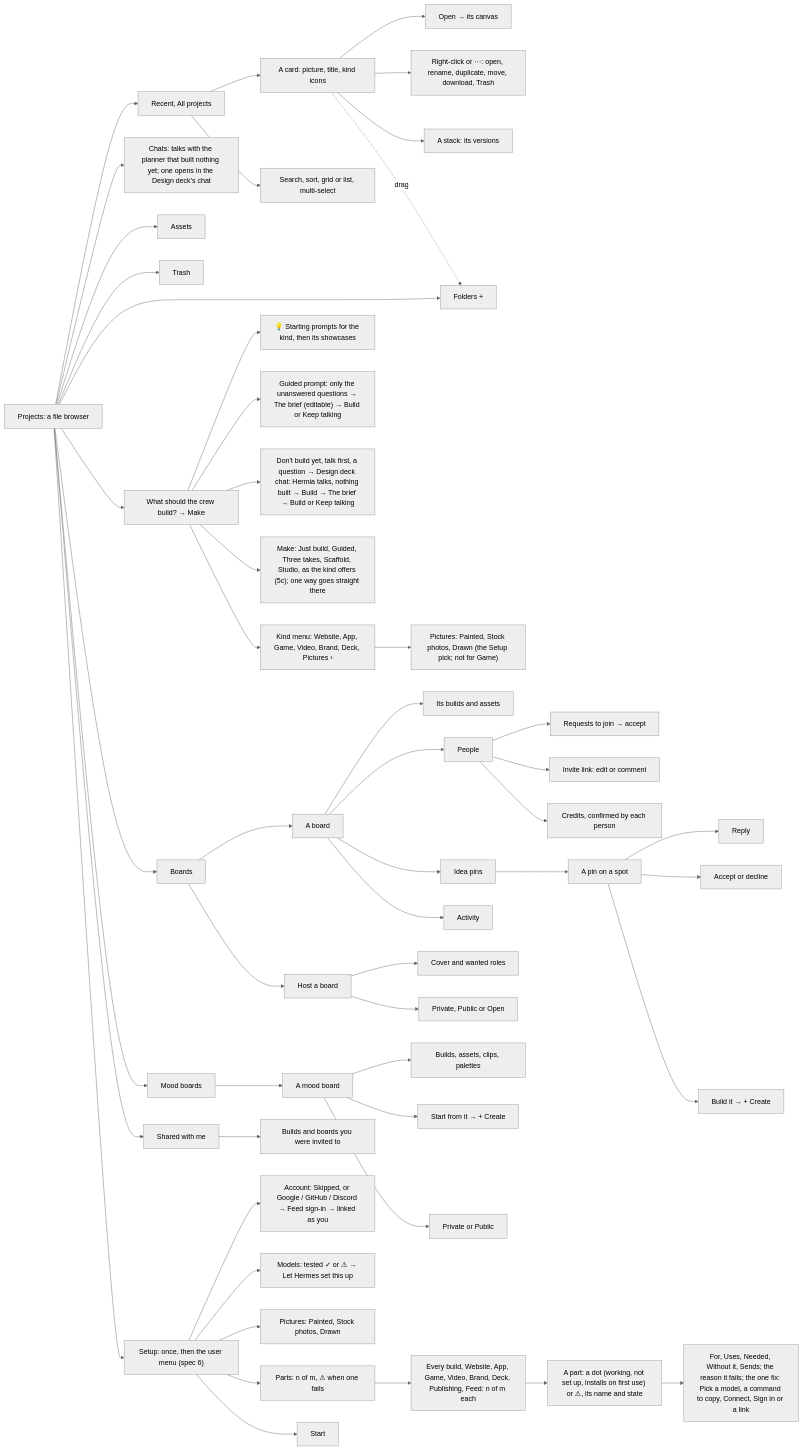
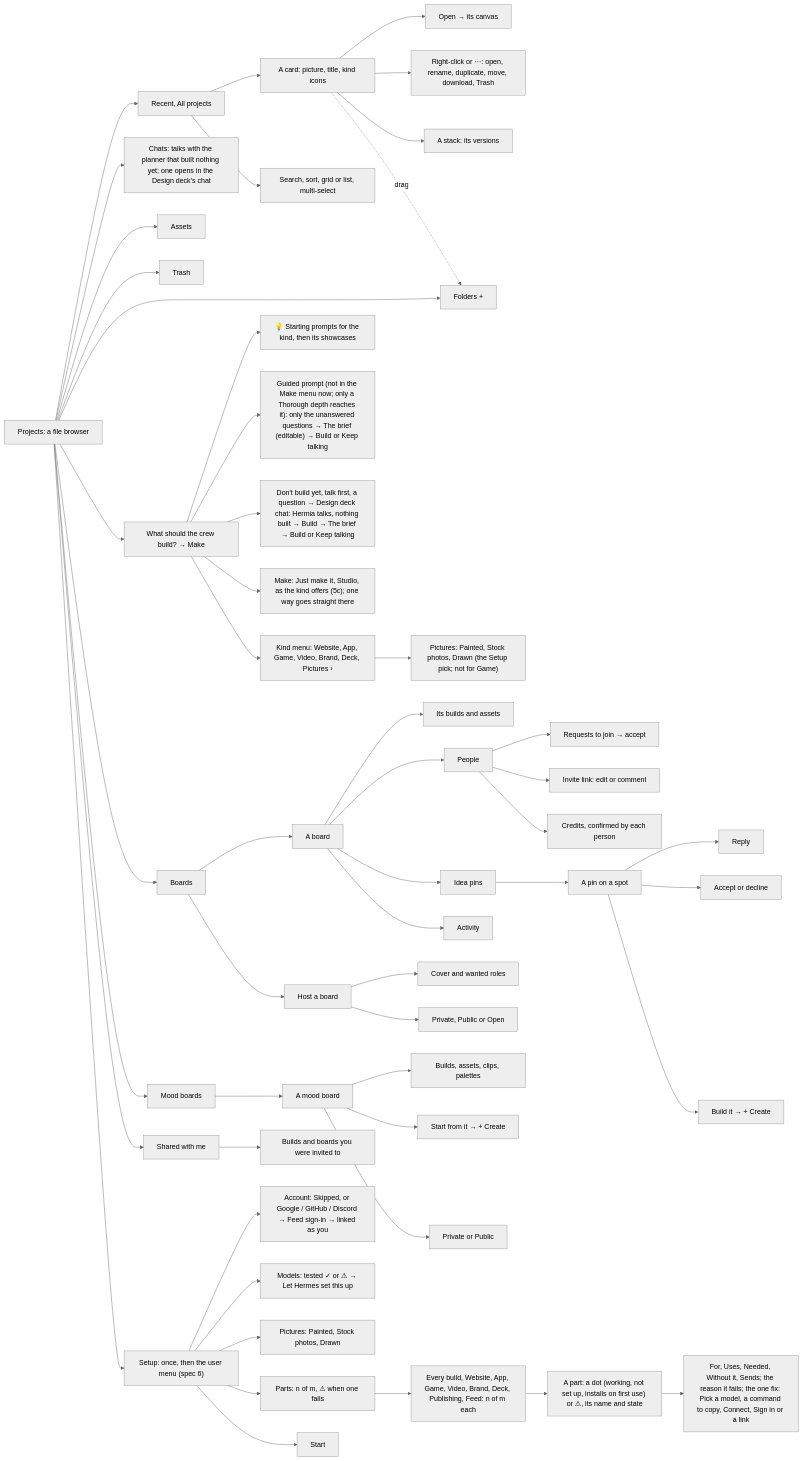
The eighth of 27 diagrams in docs/ux/SITEMAP.md (Pukujan/swarm-studio), drawn with Mermaid (neutral theme) before and after one commit. The commit also changed other lines of this file and 24 other files, not shown here.

First line of the commit message:
Make has two ways: Just make it and Studio (decision 0020)

````diff
--- a/docs/ux/SITEMAP.md
+++ b/docs/ux/SITEMAP.md
@@ -229,53 +230,53 @@
 ```mermaid
 flowchart LR
   PROJ[Projects: a file browser] --> MB["Recent, All projects"]
   PROJ --> CH["Chats: talks with the planner that built nothing yet; one opens in the Design deck's chat"]
   PROJ --> AS[Assets]
   PROJ --> TR[Trash]
   PROJ --> FO["Folders +"]
   PROJ --> ASK["What should the crew build? → Make"]
   ASK --> SC["💡 Starting prompts for the kind, then its showcases"]
-  ASK --> GR["Guided prompt: only the unanswered questions → The brief (editable) → Build or Keep talking"]
+  ASK --> GR["Guided prompt (not in the Make menu now; only a Thorough depth reaches it): only the unanswered questions → The brief (editable) → Build or Keep talking"]
   ASK --> TK["Don't build yet, talk first, a question → Design deck chat: Hermia talks, nothing built → Build → The brief → Build or Keep talking"]
-  ASK --> TU["Make: Just build, Guided, Three takes, Scaffold, Studio, as the kind offers (5c); one way goes straight there"]
+  ASK --> TU["Make: Just make it, Studio, as the kind offers (5c); one way goes straight there"]
   ASK --> KM["Kind menu: Website, App, Game, Video, Brand, Deck, Pictures ›"]
   KM --> KMP["Pictures: Painted, Stock photos, Drawn (the Setup pick; not for Game)"]
   PROJ --> BD[Boards]
   PROJ --> MO[Mood boards]
   PROJ --> SW[Shared with me]
   PROJ --> SU["Setup: once, then the user menu (spec 6)"]
   SU --> SU0["Account: Skipped, or Google / GitHub / Discord → Feed sign-in → linked as you"]
   SU --> SU1["Models: tested ✓ or ⚠ → Let Hermes set this up"]
   SU --> SU2["Pictures: Painted, Stock photos, Drawn"]
   SU --> SU4["Parts: n of m, ⚠ when one fails"]
   SU4 --> SU5["Every build, Website, App, Game, Video, Brand, Deck, Publishing, Feed: n of m each"]
   SU5 --> SU6["A part: a dot (working, not set up, installs on first use) or ⚠, its name and state"]
   SU6 --> SU7["For, Uses, Needed, Without it, Sends; the reason it fails; the one fix: Pick a model, a command to copy, Connect, Sign in or a link"]
   SU --> SU3[Start]
   MB --> ST["A card: picture, title, kind icons"]
   MB --> MS["Search, sort, grid or list, multi-select"]
   ST --> ORB["Open → its canvas"]
   ST --> RM["Right-click or ⋯: open, rename, duplicate, move, download, Trash"]
   ST --> VS["A stack: its versions"]
   ST -.->|drag| FO
   BD --> BO[A board]
   BD --> BN[Host a board]
   BN --> BN1["Cover and wanted roles"]
   BN --> BN2["Private, Public or Open"]
   BO --> BW["Its builds and assets"]
   BO --> BP[People]
   BO --> BI[Idea pins]
   BO --> BA[Activity]
   BP --> BP1["Requests to join → accept"]
   BP --> BP2["Invite link: edit or comment"]
   BP --> BP3["Credits, confirmed by each person"]
   BI --> PIN[A pin on a spot]
   PIN --> PIN1[Reply]
   PIN --> PIN2[Accept or decline]
   PIN --> PIN3["Build it → + Create"]
   MO --> MOB[A mood board]
   MOB --> MOI["Builds, assets, clips, palettes"]
   MOB --> MOS["Start from it → + Create"]
   MOB --> MOV["Private or Public"]
   SW --> SWB["Builds and boards you were invited to"]
 ```
````
